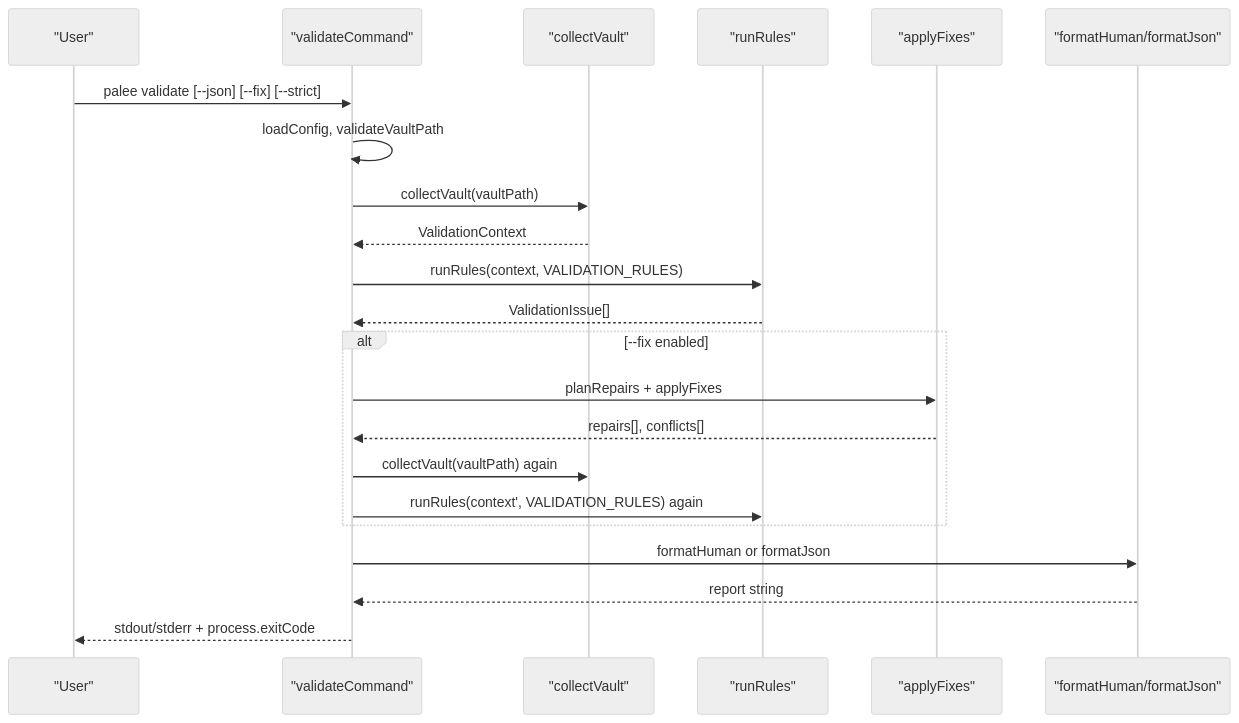
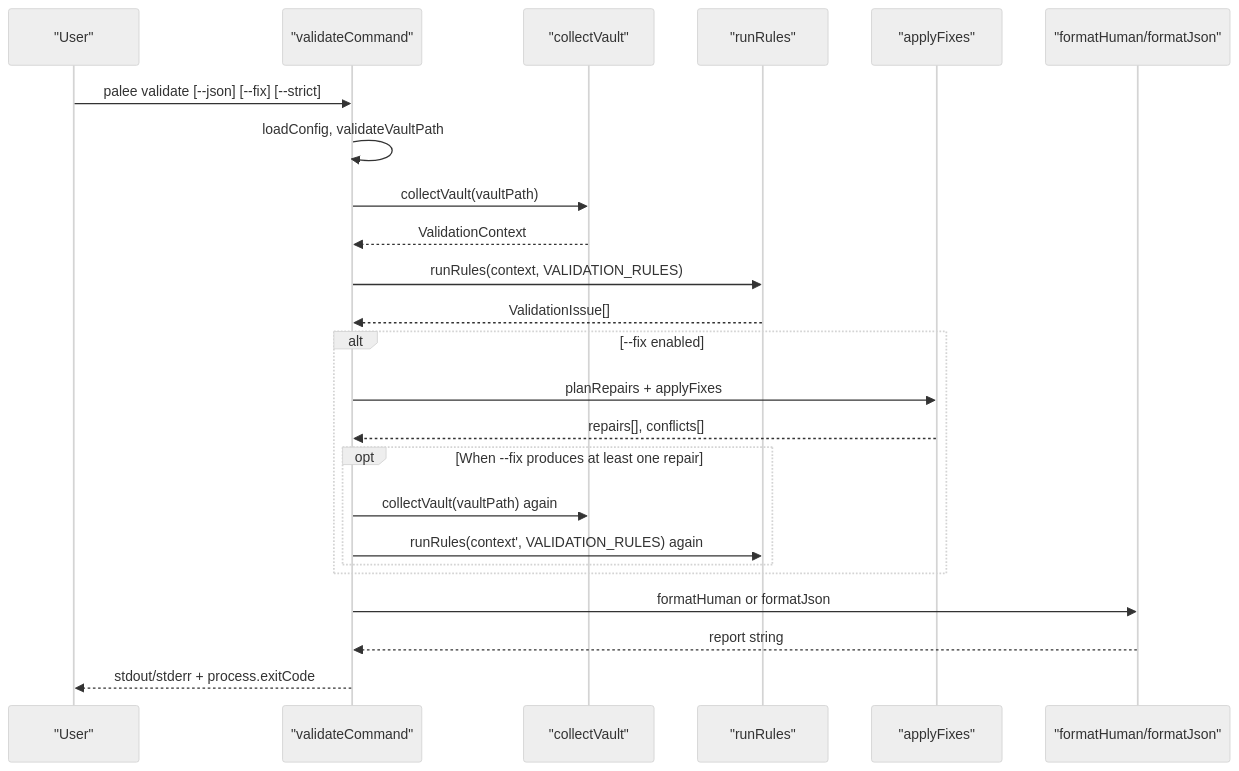
The third of 7 diagrams in Validation Framework/Validation Framework.md (Kuldeep2822k/palee-architecture), drawn with Mermaid (neutral theme) before and after one commit. The commit also changed other lines of this file and 4 other files, not shown here.

Commit message:
docs(validation): fix format contract, rule diagram edges and collection order

````diff
--- a/Validation Framework/Validation Framework.md
+++ b/Validation Framework/Validation Framework.md
@@ -149,25 +149,27 @@
 ```mermaid
 sequenceDiagram
   participant User as "User"
   participant CLI as "validateCommand"
   participant Collector as "collectVault"
   participant Runner as "runRules"
   participant Planner as "applyFixes"
   participant Formatter as "formatHuman/formatJson"
 
   User->>CLI: palee validate [--json] [--fix] [--strict]
   CLI->>CLI: loadConfig, validateVaultPath
   CLI->>Collector: collectVault(vaultPath)
   Collector-->>CLI: ValidationContext
   CLI->>Runner: runRules(context, VALIDATION_RULES)
   Runner-->>CLI: ValidationIssue[]
   alt --fix enabled
     CLI->>Planner: planRepairs + applyFixes
     Planner-->>CLI: repairs[], conflicts[]
-    CLI->>Collector: collectVault(vaultPath) again
-    CLI->>Runner: runRules(context', VALIDATION_RULES) again
+    opt When --fix produces at least one repair
+      CLI->>Collector: collectVault(vaultPath) again
+      CLI->>Runner: runRules(context', VALIDATION_RULES) again
+    end
   end
   CLI->>Formatter: formatHuman or formatJson
   Formatter-->>CLI: report string
   CLI-->>User: stdout/stderr + process.exitCode
 ```
````
